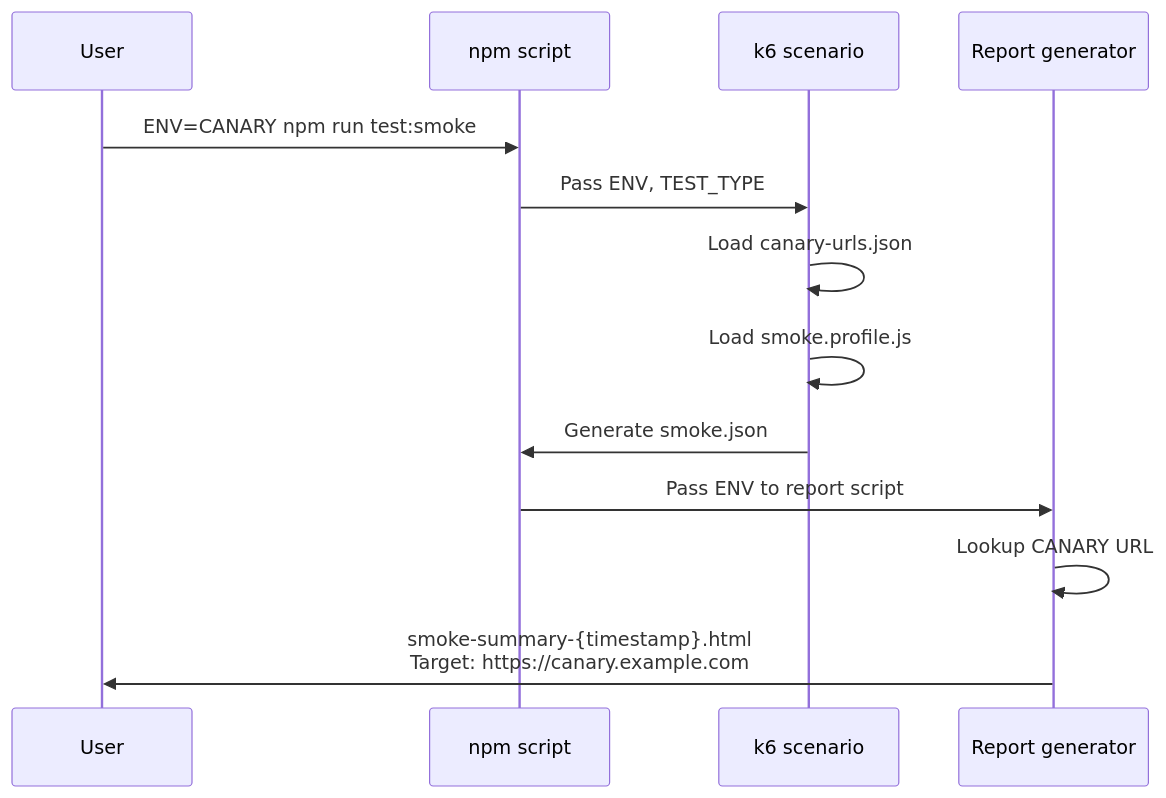
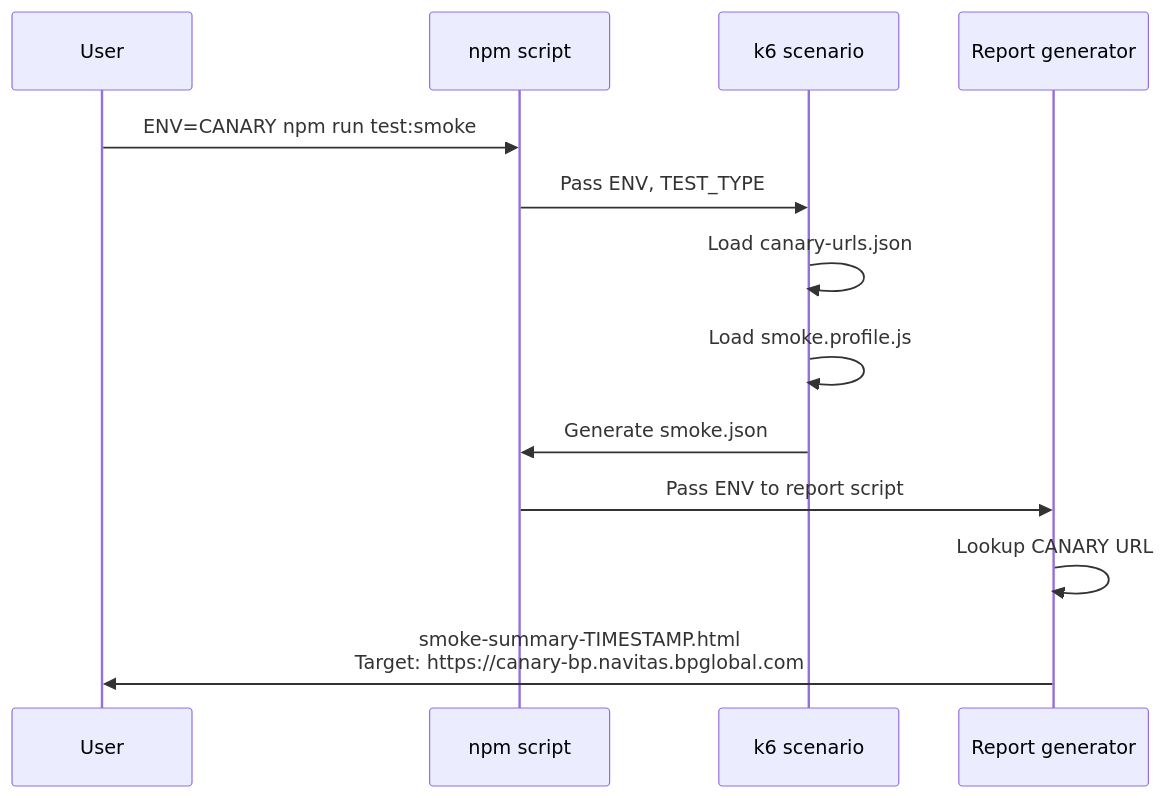
The third of 5 diagrams in README.md (mbatra5/k6-load-testing), drawn with Mermaid before and after one commit. The commit also changed other lines of this file and 1 other file, not shown here.

Commit message:
Fix mermaid diagram syntax errors in documentation

````diff
--- a/README.md
+++ b/README.md
@@ -214,16 +214,16 @@
 ```mermaid
 sequenceDiagram
     participant User
     participant NPM as npm script
     participant Scenario as k6 scenario
     participant Report as Report generator
     
     User->>NPM: ENV=CANARY npm run test:smoke
     NPM->>Scenario: Pass ENV, TEST_TYPE
     Scenario->>Scenario: Load canary-urls.json
     Scenario->>Scenario: Load smoke.profile.js
     Scenario->>NPM: Generate smoke.json
     NPM->>Report: Pass ENV to report script
     Report->>Report: Lookup CANARY URL
-    Report->>User: smoke-summary-{timestamp}.html<br/>Target: https://canary.example.com
+    Report->>User: smoke-summary-TIMESTAMP.html<br/>Target: https://canary-bp.navitas.bpglobal.com
 ```
````
